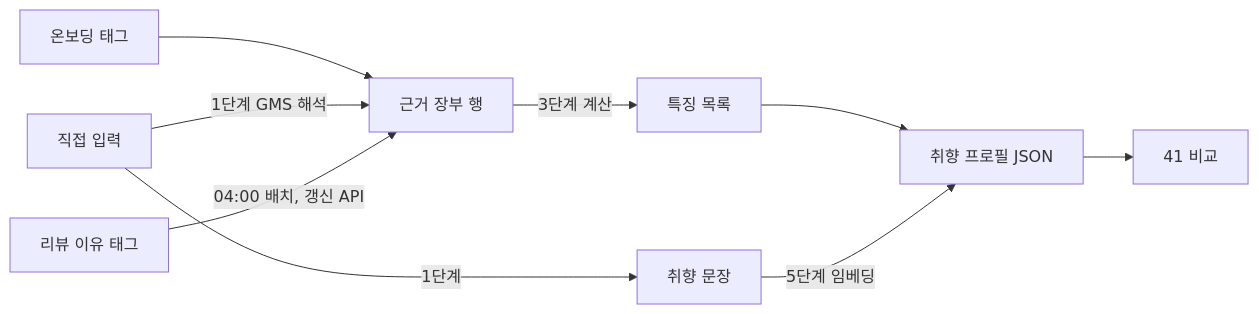
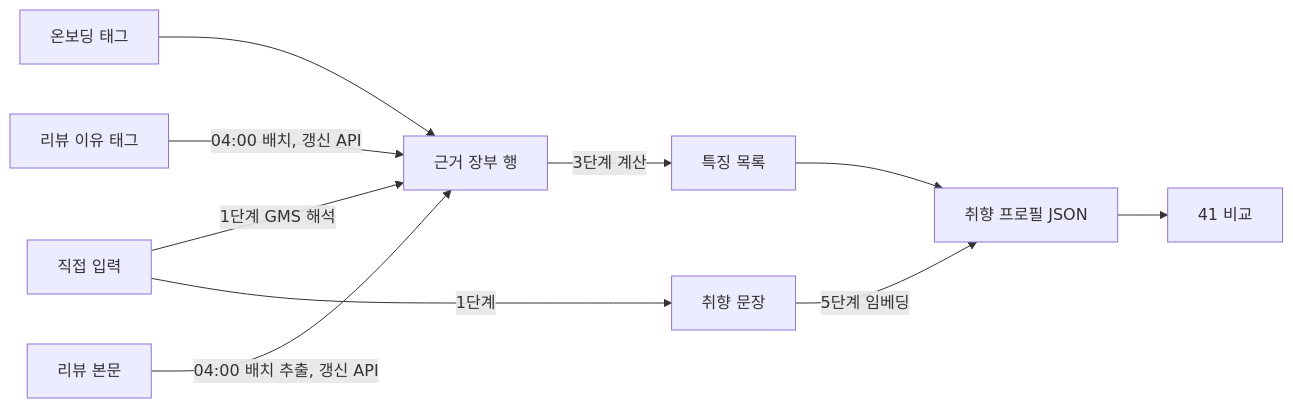
Before and after one commit to eomgerm/fit-dining: the diagram in docs/specs/taste-profile/spec.md, drawn with Mermaid. The commit also changed other lines of this file and 5 other files, not shown here.

````diff
--- a/docs/specs/taste-profile/spec.md
+++ b/docs/specs/taste-profile/spec.md
@@ -16,11 +16,12 @@
 ```mermaid
 flowchart LR
   A[온보딩 태그] --> C[근거 장부 행]
   B[직접 입력] -->|1단계 GMS 해석| C
   R[리뷰 이유 태그] -->|04:00 배치, 갱신 API| C
+  RB[리뷰 본문] -->|04:00 배치 추출, 갱신 API| C
   C -->|3단계 계산| D[특징 목록]
   B -->|1단계| E[취향 문장]
   D --> F[취향 프로필 JSON]
   E -->|5단계 임베딩| F
   F --> G[41 비교]
 ```
````
